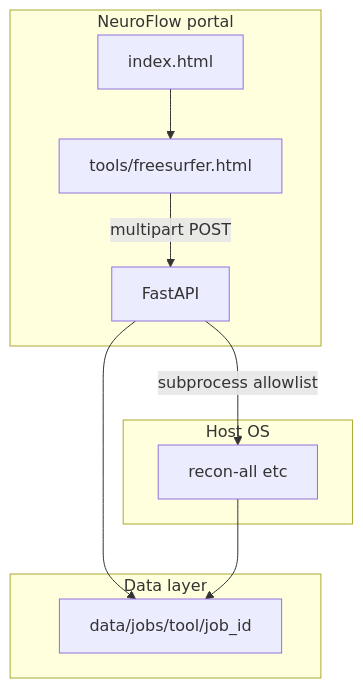
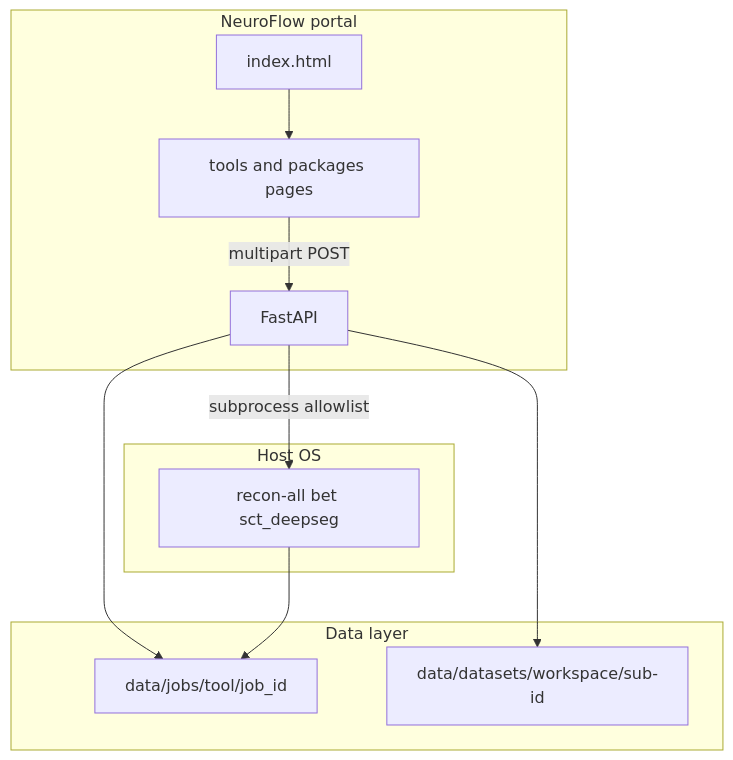
Before and after one commit to acsenrafilho/neuroflow: the diagram in docs/architecture.md, drawn with Mermaid. The commit also changed other lines of this file and 27 other files, not shown here.

````diff
--- a/docs/architecture.md
+++ b/docs/architecture.md
@@ -5,19 +5,21 @@
 ```mermaid
 flowchart TB
   subgraph portal [NeuroFlow portal]
     Hub[index.html]
-    ToolPage[tools/freesurfer.html]
+    ToolPage[tools and packages pages]
     API[FastAPI]
   end
   subgraph disk [Data layer]
     Jobs[data/jobs/tool/job_id]
+    Datasets[data/datasets/workspace/sub-id]
   end
   subgraph host [Host OS]
-    CLI[recon-all etc]
+    CLI[recon-all bet sct_deepseg]
   end
   Hub --> ToolPage
   ToolPage -->|multipart POST| API
   API --> Jobs
+  API --> Datasets
   API -->|subprocess allowlist| CLI
   CLI --> Jobs
 ```
````
